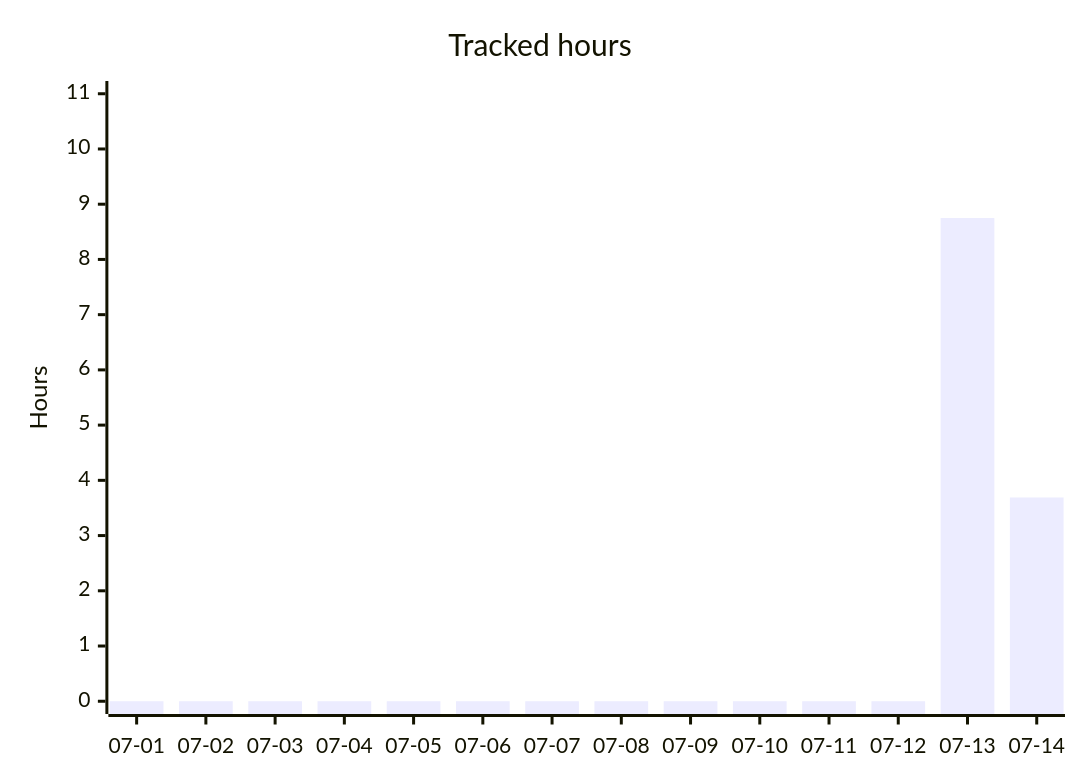
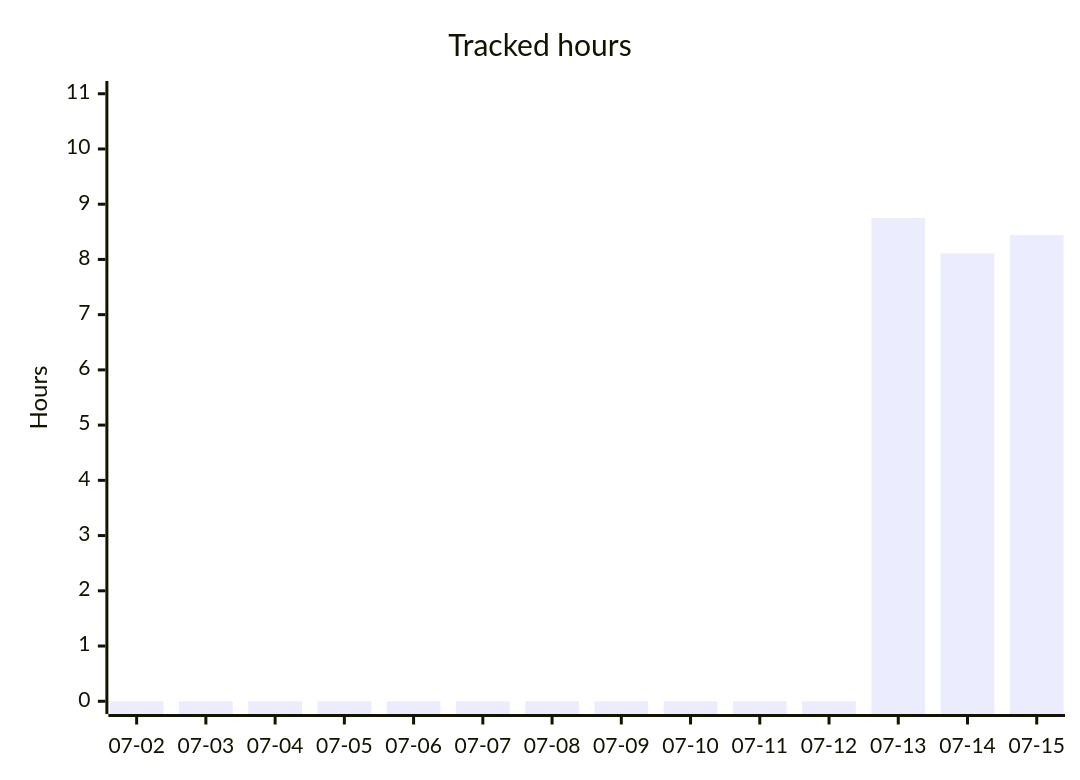
One commit to albinforsberg-netizen/timeclock changed the second of 5 diagrams in README.org. Above: the diagram before and after it, drawn with Mermaid. The commit also changed other lines of this file, not shown here.

```diff
--- a/README.org
+++ b/README.org
@@ -90,7 +90,7 @@
 #+begin_src mermaid
 xychart-beta
     title "Tracked hours"
-    x-axis ["07-01", "07-02", "07-03", "07-04", "07-05", "07-06", "07-07", "07-08", "07-09", "07-10", "07-11", "07-12", "07-13", "07-14"]
+    x-axis ["07-02", "07-03", "07-04", "07-05", "07-06", "07-07", "07-08", "07-09", "07-10", "07-11", "07-12", "07-13", "07-14", "07-15"]
     y-axis "Hours" 0 --> 11
-    bar [0.00, 0.00, 0.00, 0.00, 0.00, 0.00, 0.00, 0.00, 0.00, 0.00, 0.00, 0.00, 8.75, 3.69]
+    bar [0.00, 0.00, 0.00, 0.00, 0.00, 0.00, 0.00, 0.00, 0.00, 0.00, 0.00, 8.75, 8.11, 8.44]
 #+end_src
```
